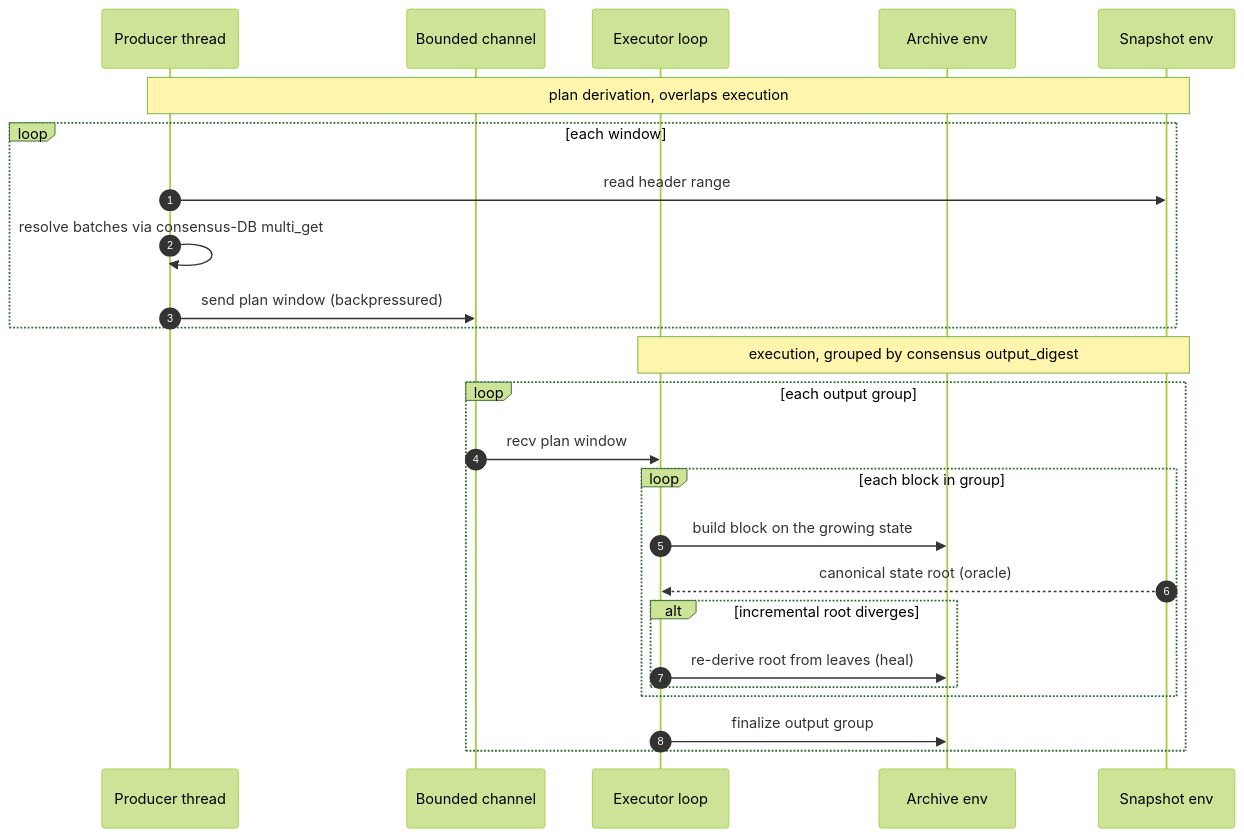
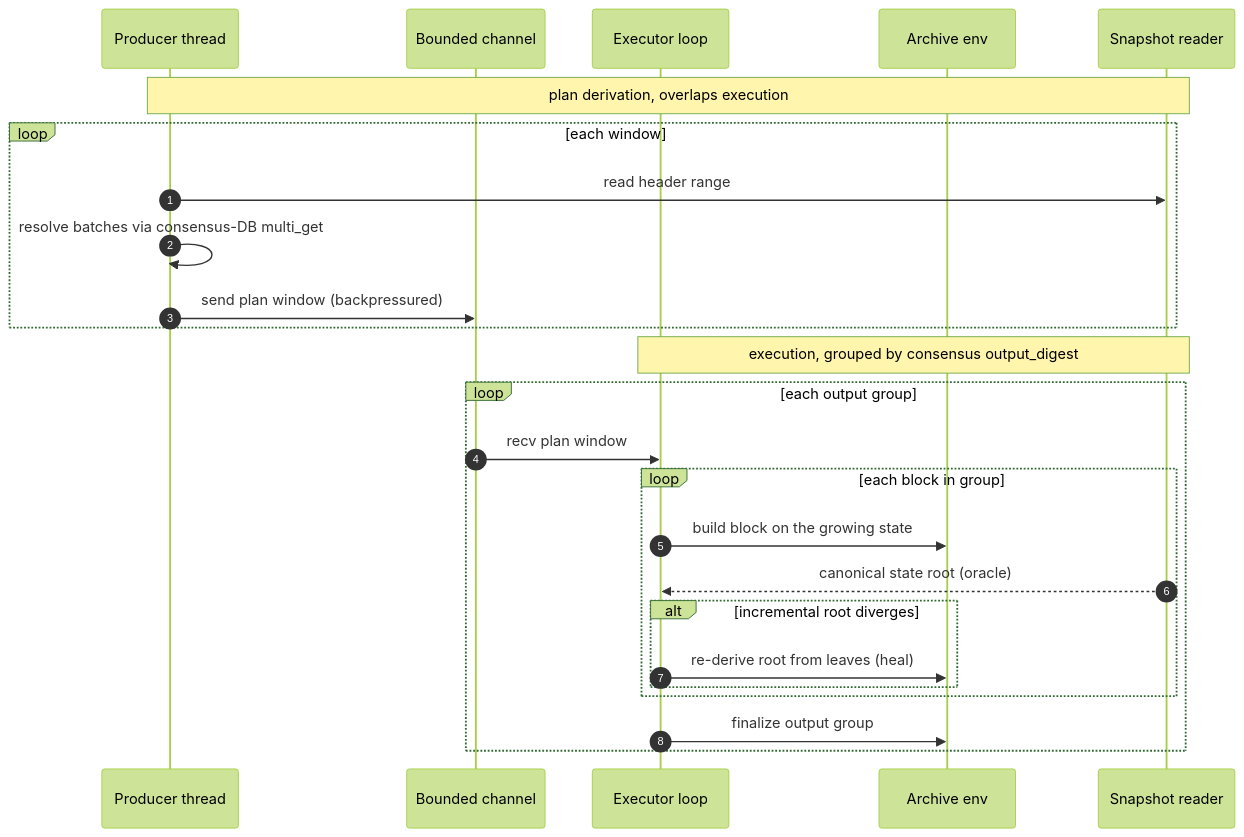
One commit to raylsnetwork/axyl changed the diagram in bin/rayls-replay/README.md. Above: the diagram before and after it, drawn with Mermaid (forest theme). The commit also changed other lines of this file and 17 other files, not shown here.

````diff
--- a/bin/rayls-replay/README.md
+++ b/bin/rayls-replay/README.md
@@ -27,29 +28,29 @@
 ```mermaid
 sequenceDiagram
     autonumber
     participant Prod as Producer thread
     participant Chan as Bounded channel
     participant Exec as Executor loop
     participant Arch as Archive env
-    participant Snap as Snapshot env
+    participant Snap as Snapshot reader
 
     Note over Prod,Snap: plan derivation, overlaps execution
     loop each window
         Prod->>Snap: read header range
         Prod->>Prod: resolve batches via consensus-DB multi_get
         Prod->>Chan: send plan window (backpressured)
     end
 
     Note over Exec,Snap: execution, grouped by consensus output_digest
     loop each output group
         Chan->>Exec: recv plan window
         loop each block in group
             Exec->>Arch: build block on the growing state
             Snap-->>Exec: canonical state root (oracle)
             alt incremental root diverges
                 Exec->>Arch: re-derive root from leaves (heal)
             end
         end
         Exec->>Arch: finalize output group
     end
 ```
````
